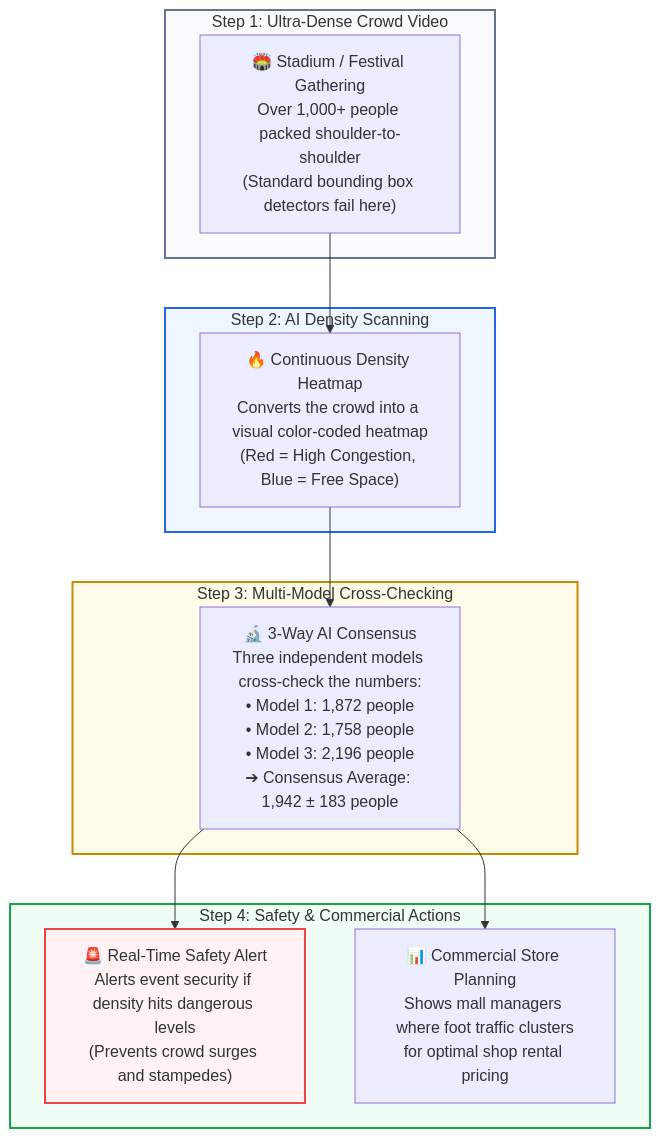
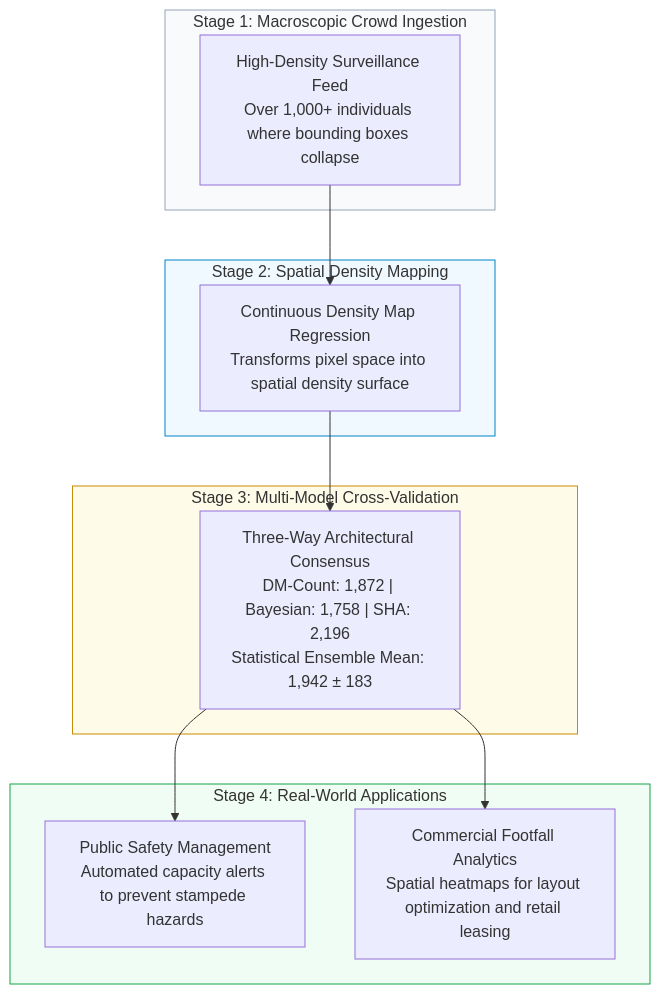
Before and after one commit to datawithAsif/Video-Analytics-Architecture-Portfolio: the diagram in diagrams/crowd_density_pipeline.mermaid, drawn with Mermaid. The commit also changed 9 other files, not shown here.

Commit message:
style: replace emojis with clean enterprise architectural styling across all diagrams

```diff
--- a/diagrams/crowd_density_pipeline.mermaid
+++ b/diagrams/crowd_density_pipeline.mermaid
@@ -1,28 +1,27 @@
 flowchart TD
-    subgraph Step1 ["Step 1: Ultra-Dense Crowd Video"]
-        INPUT["🏟️ Stadium / Festival Gathering\nOver 1,000+ people packed shoulder-to-shoulder\n(Standard bounding box detectors fail here)"]
+    subgraph Stage1 ["Stage 1: Macroscopic Crowd Ingestion"]
+        INPUT["High-Density Surveillance Feed<br>Over 1,000+ individuals where bounding boxes collapse"]
     end
 
-    subgraph Step2 ["Step 2: AI Density Scanning"]
-        HEATMAP["🔥 Continuous Density Heatmap\nConverts the crowd into a visual color-coded heatmap\n(Red = High Congestion, Blue = Free Space)"]
+    subgraph Stage2 ["Stage 2: Spatial Density Mapping"]
+        HEATMAP["Continuous Density Map Regression<br>Transforms pixel space into spatial density surface"]
         INPUT --> HEATMAP
     end
 
-    subgraph Step3 ["Step 3: Multi-Model Cross-Checking"]
-        CHECK["🔬 3-Way AI Consensus\nThree independent models cross-check the numbers:\n• Model 1: 1,872 people\n• Model 2: 1,758 people\n• Model 3: 2,196 people\n➔ Consensus Average: 1,942 ± 183 people"]
+    subgraph Stage3 ["Stage 3: Multi-Model Cross-Validation"]
+        CHECK["Three-Way Architectural Consensus<br>DM-Count: 1,872 | Bayesian: 1,758 | SHA: 2,196<br>Statistical Ensemble Mean: 1,942 ± 183"]
         HEATMAP --> CHECK
     end
 
-    subgraph Step4 ["Step 4: Safety & Commercial Actions"]
-        SAFETY["🚨 Real-Time Safety Alert\nAlerts event security if density hits dangerous levels\n(Prevents crowd surges and stampedes)"]
-        COMMERCIAL["📊 Commercial Store Planning\nShows mall managers where foot traffic clusters\nfor optimal shop rental pricing"]
+    subgraph Stage4 ["Stage 4: Real-World Applications"]
+        SAFETY["Public Safety Management<br>Automated capacity alerts to prevent stampede hazards"]
+        COMMERCIAL["Commercial Footfall Analytics<br>Spatial heatmaps for layout optimization and retail leasing"]
         
         CHECK --> SAFETY
         CHECK --> COMMERCIAL
     end
 
-    style Step1 fill:#f8fafc,stroke:#64748b,stroke-width:2px
-    style Step2 fill:#eff6ff,stroke:#2563eb,stroke-width:2px
-    style Step3 fill:#fefce8,stroke:#ca8a04,stroke-width:2px
-    style Step4 fill:#f0fdf4,stroke:#16a34a,stroke-width:2px
-    style SAFETY fill:#fef2f2,stroke:#ef4444,stroke-width:2px
+    style Stage1 fill:#f8fafc,stroke:#94a3b8,stroke-width:1px
+    style Stage2 fill:#f0f9ff,stroke:#0284c7,stroke-width:1px
+    style Stage3 fill:#fefce8,stroke:#ca8a04,stroke-width:1px
+    style Stage4 fill:#f0fdf4,stroke:#16a34a,stroke-width:1px
```
